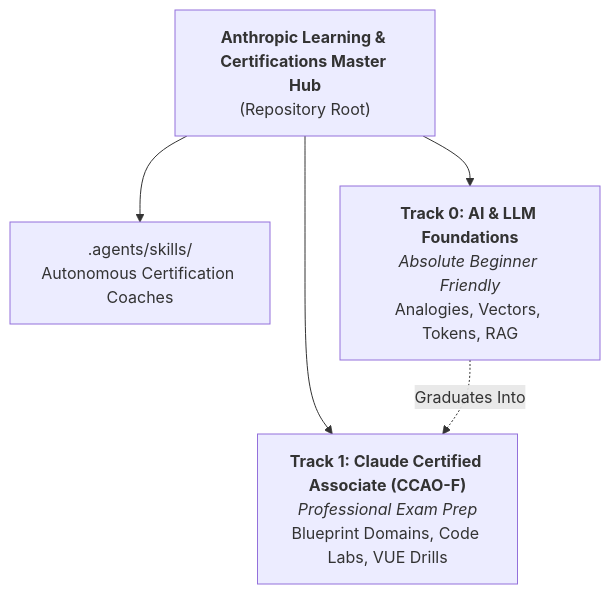
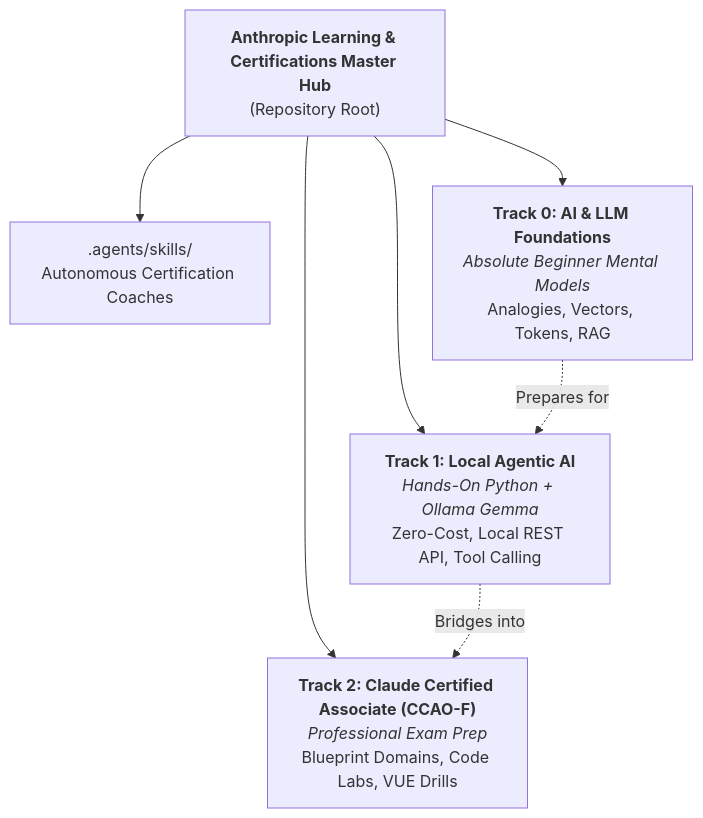
The diagram in README.md (wrt2sanjoy/claude-certifications-hub), drawn with Mermaid before and after one commit. The commit also changed other lines of this file and 11 other files, not shown here.

Commit message:
feat: add Local Agentic AI course with Ollama & Gemma

````diff
--- a/README.md
+++ b/README.md
@@ -54,14 +65,17 @@
 ```mermaid
 graph TD
     Root["<b>Anthropic Learning & Certifications Master Hub</b><br/>(Repository Root)"]
     Agents[".agents/skills/<br/>Autonomous Certification Coaches"]
     
-    Track0["<b>Track 0: AI & LLM Foundations</b><br/><i>Absolute Beginner Friendly</i><br/>Analogies, Vectors, Tokens, RAG"]
-    Track1["<b>Track 1: Claude Certified Associate (CCAO-F)</b><br/><i>Professional Exam Prep</i><br/>Blueprint Domains, Code Labs, VUE Drills"]
+    Track0["<b>Track 0: AI & LLM Foundations</b><br/><i>Absolute Beginner Mental Models</i><br/>Analogies, Vectors, Tokens, RAG"]
+    TrackLocal["<b>Track 1: Local Agentic AI</b><br/><i>Hands-On Python + Ollama Gemma</i><br/>Zero-Cost, Local REST API, Tool Calling"]
+    TrackCert["<b>Track 2: Claude Certified Associate (CCAO-F)</b><br/><i>Professional Exam Prep</i><br/>Blueprint Domains, Code Labs, VUE Drills"]
     
     Root --> Agents
     Root --> Track0
-    Root --> Track1
+    Root --> TrackLocal
+    Root --> TrackCert
 
-    Track0 -.->|"Graduates Into"| Track1
+    Track0 -.->|"Prepares for"| TrackLocal
+    TrackLocal -.->|"Bridges into"| TrackCert
 ```
````
